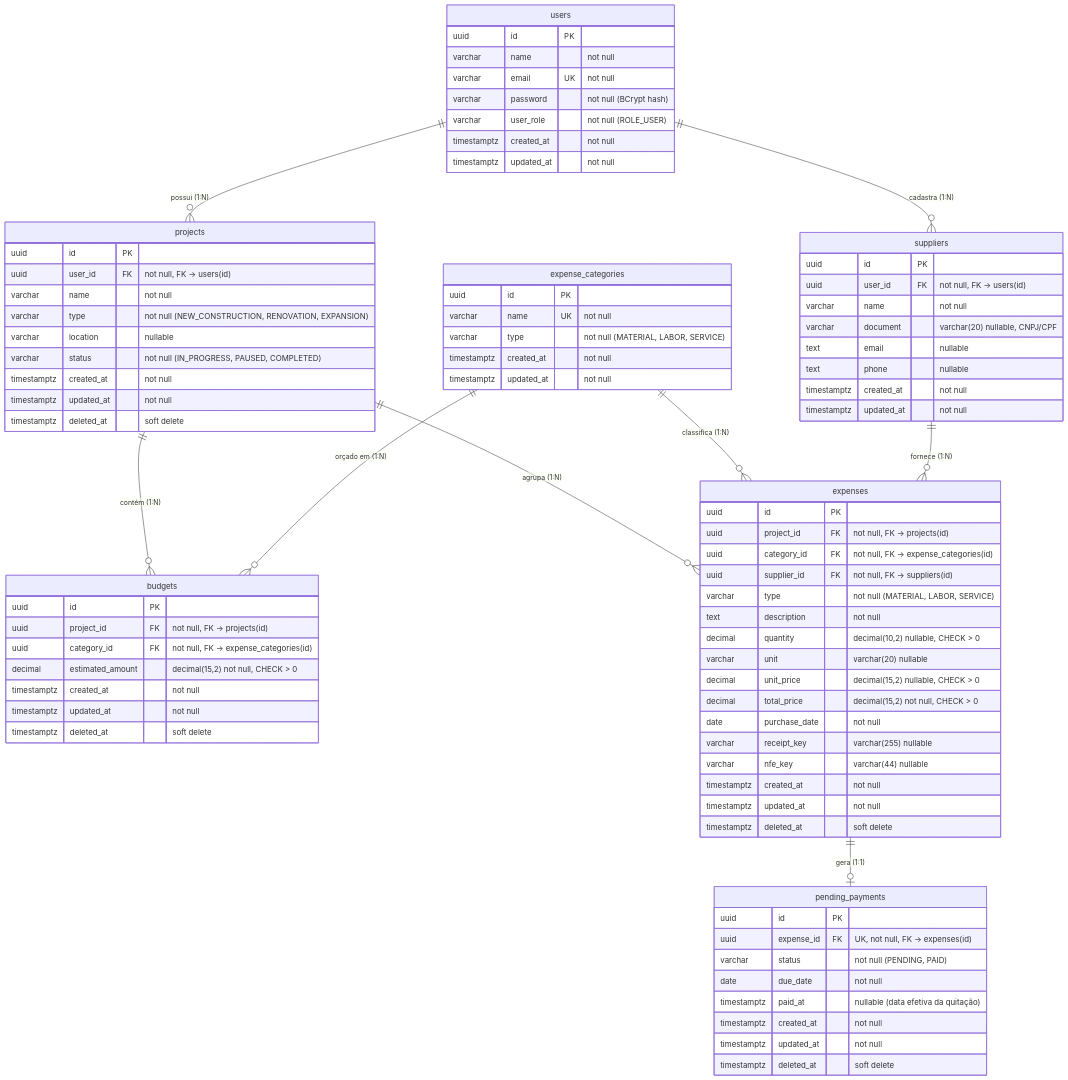
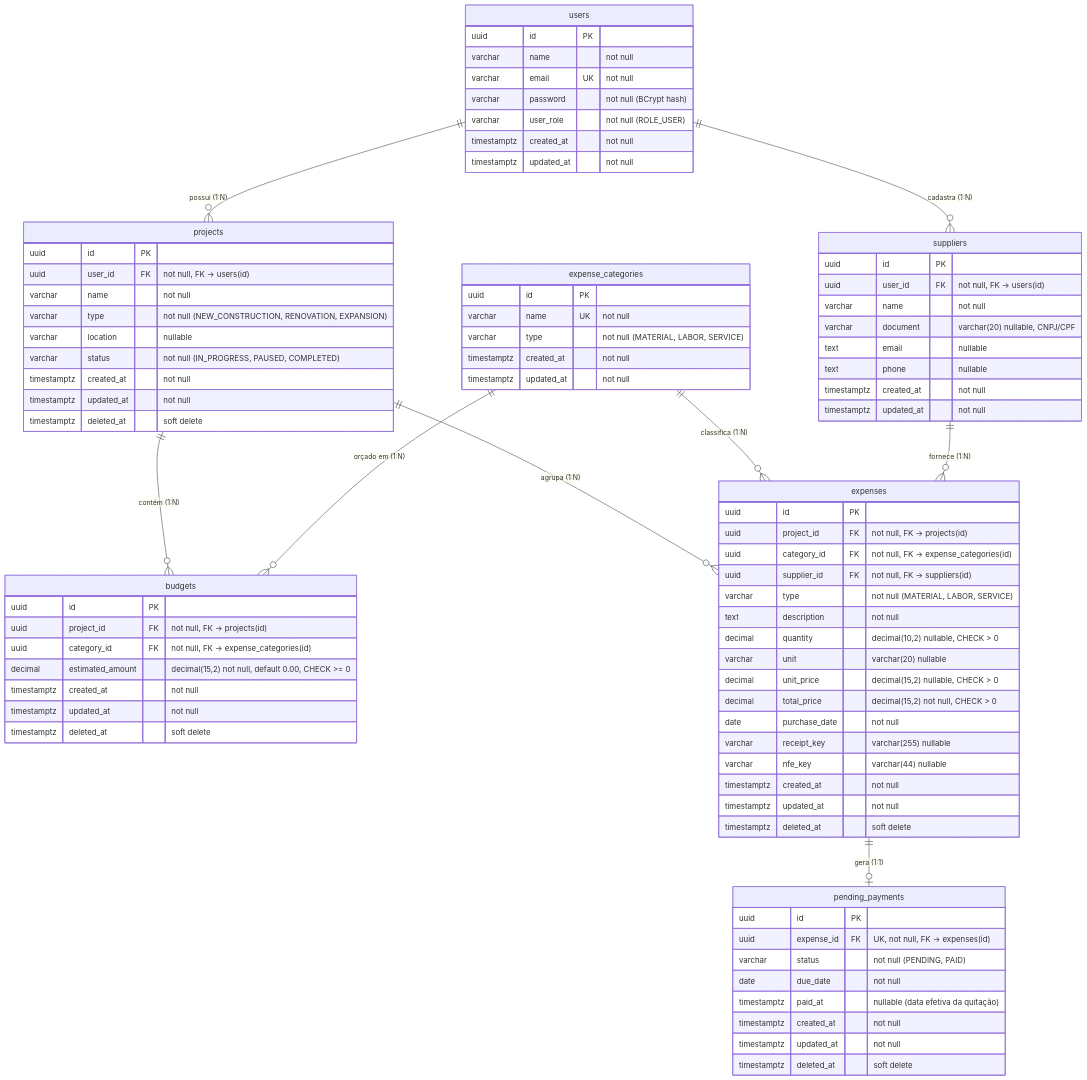
The second of 3 diagrams in docs/architecture.md (utfpr-gp/obra-certa), drawn with Mermaid before and after one commit. The commit also changed other lines of this file and 2 other files, not shown here.

```diff
--- a/docs/architecture.md
+++ b/docs/architecture.md
@@ -175,7 +175,7 @@
         uuid id PK
         uuid project_id FK "not null, FK -> projects(id)"
         uuid category_id FK "not null, FK -> expense_categories(id)"
-        decimal estimated_amount "decimal(15,2) not null, CHECK > 0"
+        decimal estimated_amount "decimal(15,2) not null, default 0.00, CHECK >= 0"
         timestamptz created_at "not null"
         timestamptz updated_at "not null"
         timestamptz deleted_at "soft delete"
```
